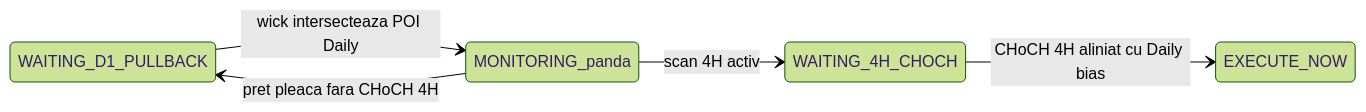
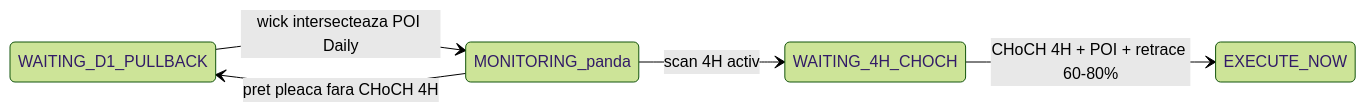
The third of 3 diagrams in docs/SMC_DETECTOR_AUDIT_IMPLEMENTATION_PLAN.md (ForexGod-ai/apollo-vps), drawn with Mermaid (forest theme) before and after one commit. The commit also changed other lines of this file and 4 other files, not shown here.

Commit message:
V46: EXECUTE on POI + Premium/Discount 60–80% retrace, removing the ≤3-bar gate that blocked multi-day Daily pullbacks.

````diff
--- a/docs/SMC_DETECTOR_AUDIT_IMPLEMENTATION_PLAN.md
+++ b/docs/SMC_DETECTOR_AUDIT_IMPLEMENTATION_PLAN.md
@@ -216,13 +222,13 @@
 ```mermaid
 stateDiagram-v2
     direction LR
     WaitingD1: WAITING_D1_PULLBACK
     Monitoring: MONITORING_panda
     Wait4H: WAITING_4H_CHOCH
     Execute: EXECUTE_NOW
 
     WaitingD1 --> Monitoring: wick intersecteaza POI Daily
     Monitoring --> Wait4H: scan 4H activ
-    Wait4H --> Execute: CHoCH 4H aliniat cu Daily bias
+    Wait4H --> Execute: CHoCH 4H + POI + retrace 60-80%
     Monitoring --> WaitingD1: pret pleaca fara CHoCH 4H
 ```
````
